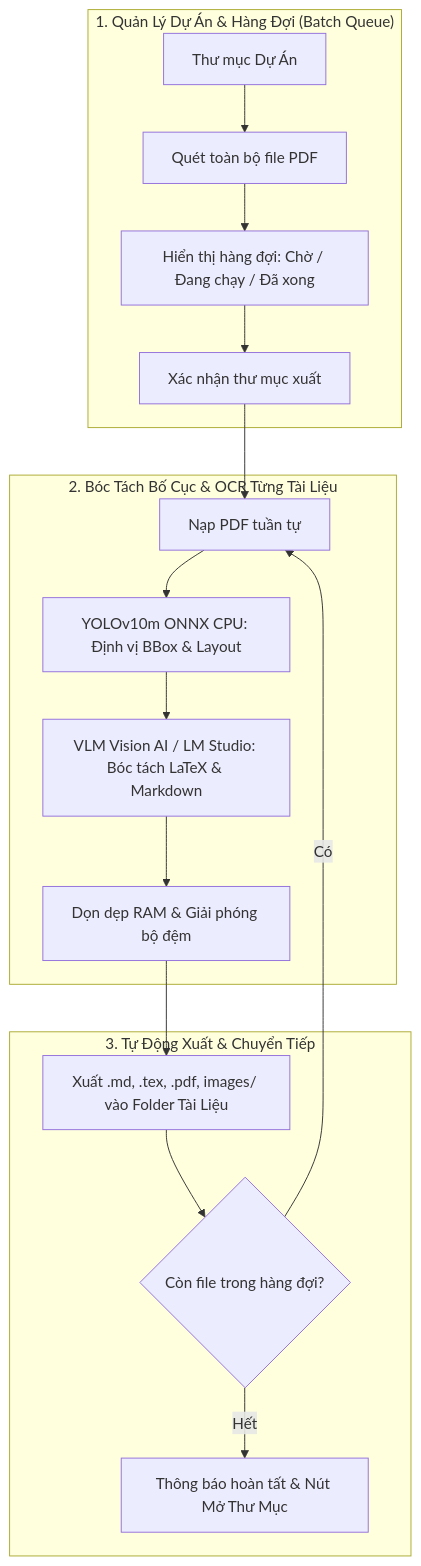
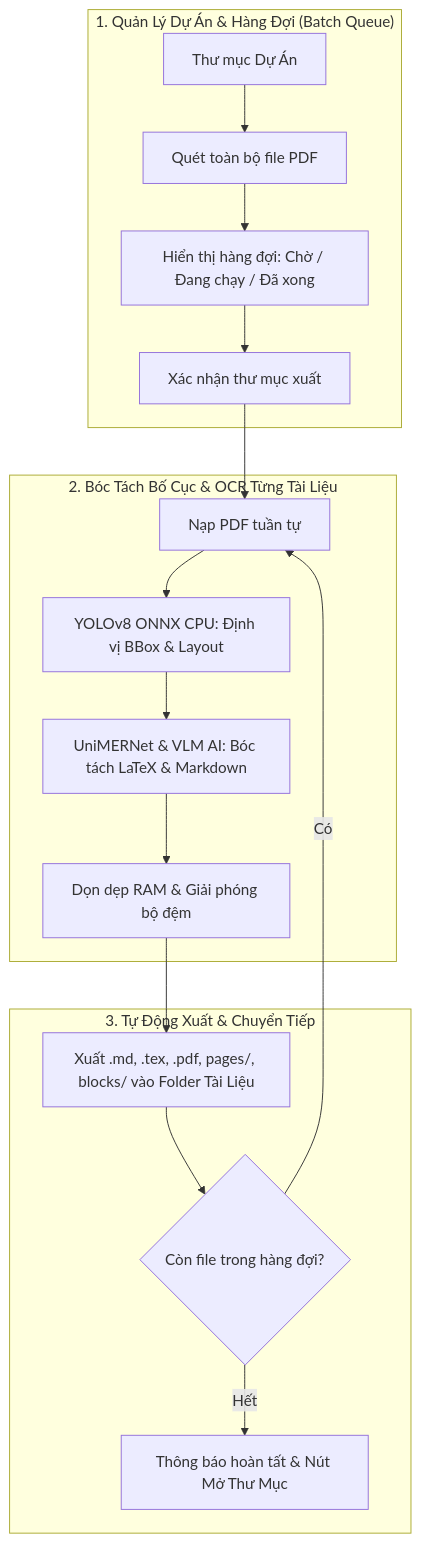
One commit to Stufusic/SciDocOCR changed the diagram in README.md. Above: the diagram before and after it, drawn with Mermaid. The commit also changed other lines of this file and 6 other files, not shown here.

Commit message:
feat: replace nonexistent yolov10m with YOLOv8 DocLayout ONNX and add UniMERNet formula OCR model downloading, update Gemini models cascade

````diff
--- a/README.md
+++ b/README.md
@@ -179,22 +184,22 @@
 ```mermaid
 flowchart TD
     subgraph ProjectBatch ["1. Quản Lý Dự Án & Hàng Đợi (Batch Queue)"]
         P[Thư mục Dự Án] --> Q[Quét toàn bộ file PDF]
         Q --> R[Hiển thị hàng đợi: Chờ / Đang chạy / Đã xong]
         R --> S[Xác nhận thư mục xuất]
     end
 
     subgraph DocumentOCR ["2. Bóc Tách Bố Cục & OCR Từng Tài Liệu"]
         S --> T[Nạp PDF tuần tự]
-        T --> U[YOLOv10m ONNX CPU: Định vị BBox & Layout]
-        U --> V[VLM Vision AI / LM Studio: Bóc tách LaTeX & Markdown]
+        T --> U[YOLOv8 ONNX CPU: Định vị BBox & Layout]
+        U --> V[UniMERNet & VLM AI: Bóc tách LaTeX & Markdown]
         V --> W[Dọn dẹp RAM & Giải phóng bộ đệm]
     end
 
     subgraph AutoExport ["3. Tự Động Xuất & Chuyển Tiếp"]
-        W --> X[Xuất .md, .tex, .pdf, images/ vào Folder Tài Liệu]
+        W --> X[Xuất .md, .tex, .pdf, pages/, blocks/ vào Folder Tài Liệu]
         X --> Y{Còn file trong hàng đợi?}
         Y -- Có --> T
         Y -- Hết --> Z[Thông báo hoàn tất & Nút Mở Thư Mục]
     end
 ```
````
